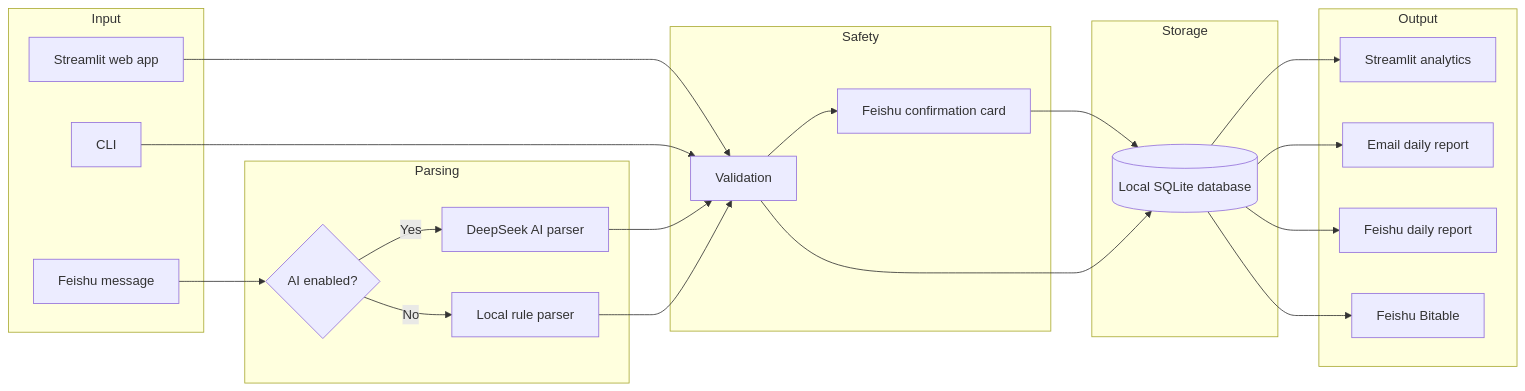
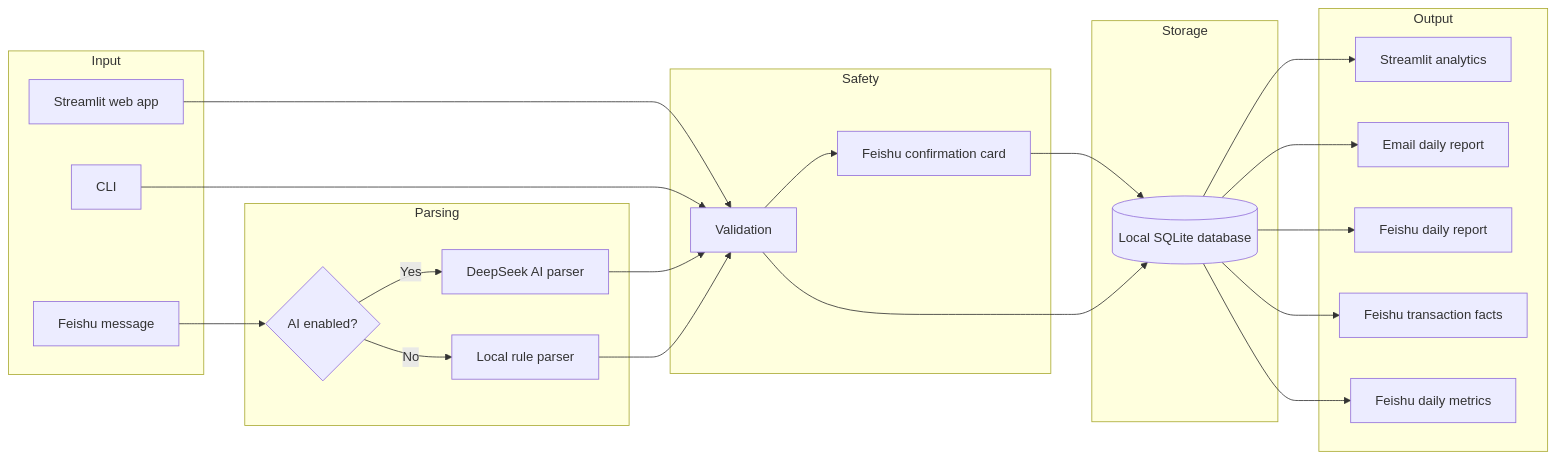
Before and after one commit to kingoahuy/finance_tracker: the diagram in README.en.md, drawn with Mermaid. The commit also changed other lines of this file and 27 other files, not shown here.

Commit message:
feat: add Feishu finance dashboard metrics

````diff
--- a/README.en.md
+++ b/README.en.md
@@ -71,45 +83,47 @@
 ```mermaid
 flowchart LR
     subgraph Input
         A[Feishu message]
         B[Streamlit web app]
         C[CLI]
     end
 
     subgraph Parsing
         D{AI enabled?}
         E[DeepSeek AI parser]
         F[Local rule parser]
     end
 
     subgraph Safety
         G[Validation]
         H[Feishu confirmation card]
     end
 
     subgraph Storage
         I[(Local SQLite database)]
     end
 
     subgraph Output
         J[Streamlit analytics]
         K[Email daily report]
         L[Feishu daily report]
-        M[Feishu Bitable]
+        M1[Feishu transaction facts]
+        M2[Feishu daily metrics]
     end
 
     A --> D
     B --> G
     C --> G
     D -->|Yes| E
     D -->|No| F
     E --> G
     F --> G
     G --> H
     H --> I
     G --> I
     I --> J
     I --> K
     I --> L
-    I --> M
+    I --> M1
+    I --> M2
 ```
````
